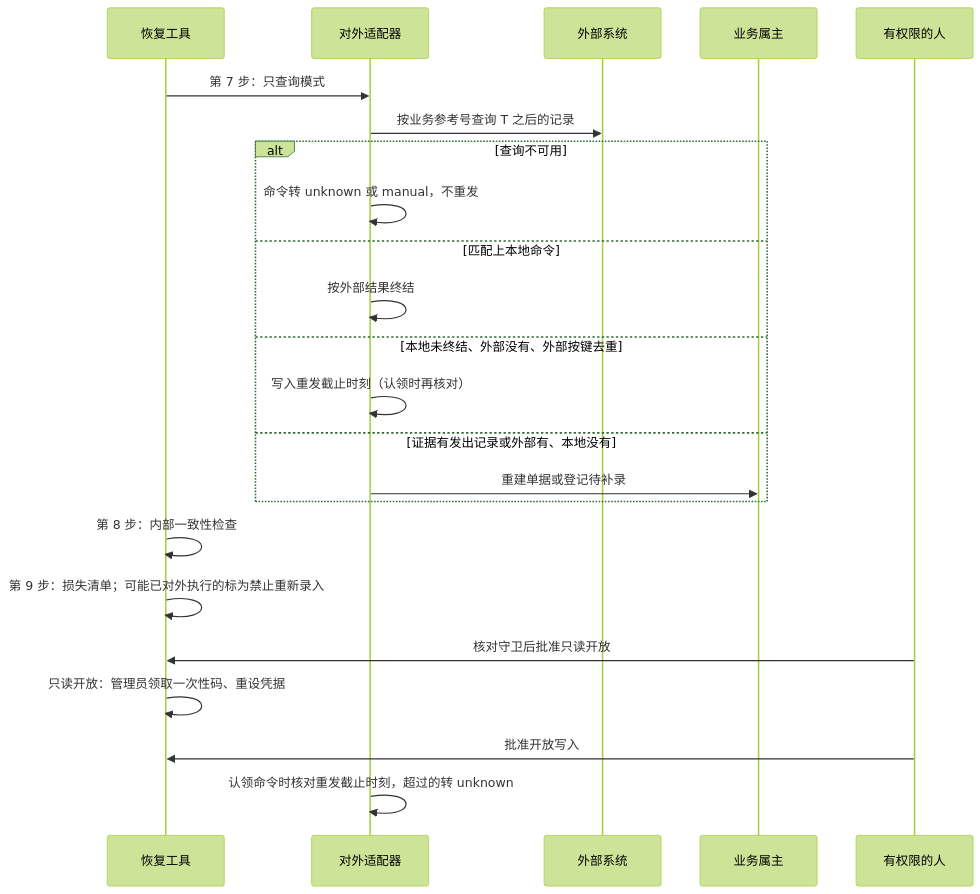
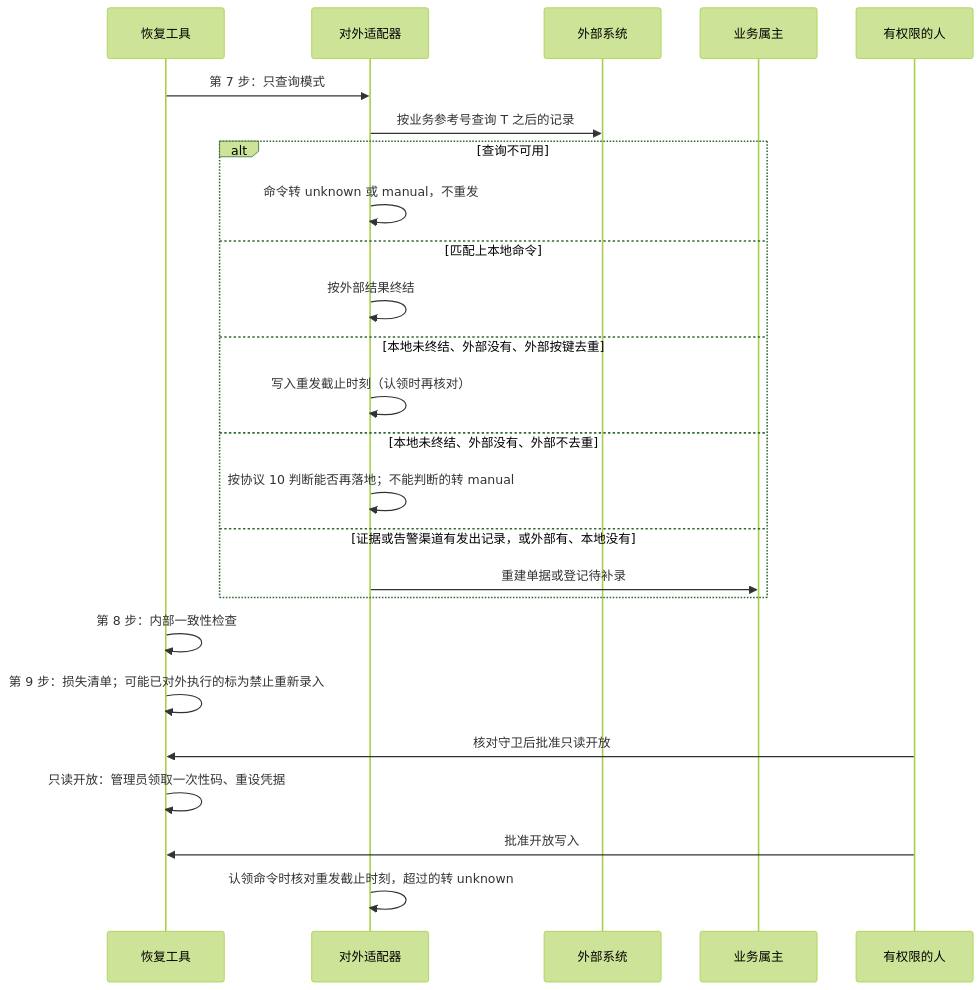
One commit to brickKit/be-assembly-standard changed the third of 3 diagrams in tempDocs/final/06-protocols/15-backup-and-recovery.md. Above: the diagram before and after it, drawn with Mermaid (forest theme). The commit also changed other lines of this file and 7 other files, not shown here.

````diff
--- a/tempDocs/final/06-protocols/15-backup-and-recovery.md
+++ b/tempDocs/final/06-protocols/15-backup-and-recovery.md
@@ -191,25 +191,27 @@
 ```mermaid
 sequenceDiagram
     participant R as 恢复工具
     participant P as 对外适配器
     participant Ext as 外部系统
     participant Own as 业务属主
     participant H as 有权限的人
     R->>P: 第 7 步：只查询模式
     P->>Ext: 按业务参考号查询 T 之后的记录
     alt 查询不可用
         P->>P: 命令转 unknown 或 manual，不重发
     else 匹配上本地命令
         P->>P: 按外部结果终结
     else 本地未终结、外部没有、外部按键去重
         P->>P: 写入重发截止时刻（认领时再核对）
-    else 证据有发出记录或外部有、本地没有
+    else 本地未终结、外部没有、外部不去重
+        P->>P: 按协议 10 判断能否再落地；不能判断的转 manual
+    else 证据或告警渠道有发出记录，或外部有、本地没有
         P->>Own: 重建单据或登记待补录
     end
     R->>R: 第 8 步：内部一致性检查
     R->>R: 第 9 步：损失清单；可能已对外执行的标为禁止重新录入
     H->>R: 核对守卫后批准只读开放
     R->>R: 只读开放：管理员领取一次性码、重设凭据
     H->>R: 批准开放写入
     P->>P: 认领命令时核对重发截止时刻，超过的转 unknown
 ```
````
